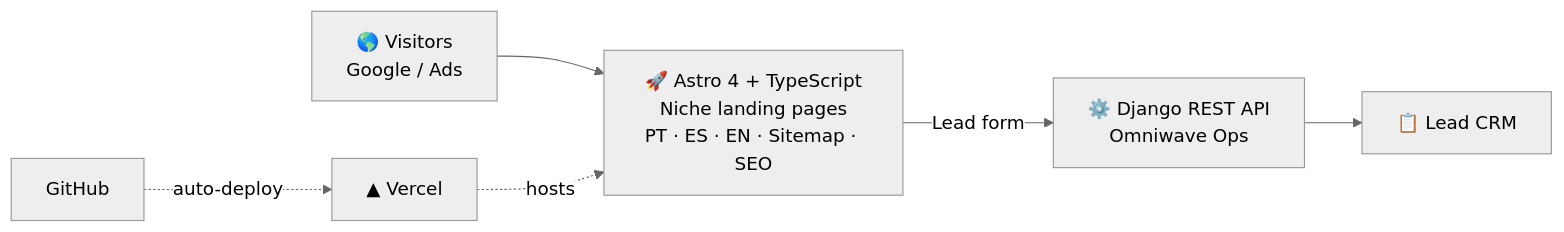
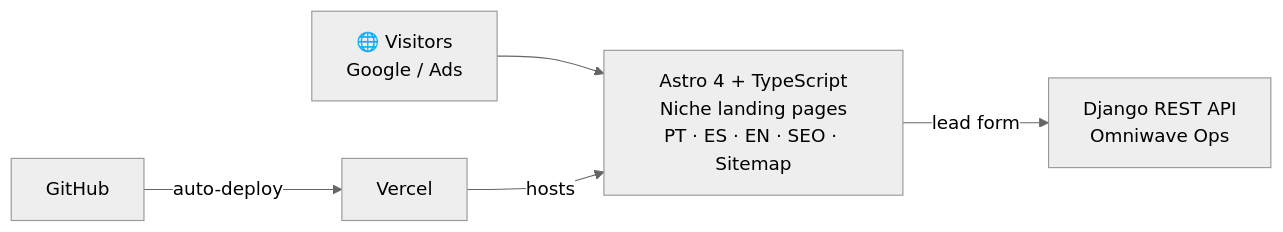
Before and after one commit to willgouveiaa/willgouveiaa: the third of 10 diagrams in README.md, drawn with Mermaid (neutral theme). The commit also changed other lines of this file, not shown here.

First line of the commit message:
Revise architecture diagrams and project details

````diff
--- a/README.md
+++ b/README.md
@@ -109,9 +106,7 @@
 ```mermaid
 flowchart LR
-    V["🌎 Visitors<br/>Google / Ads"] --> AS
-    AS["🚀 Astro 4 + TypeScript<br/>Niche landing pages<br/>PT · ES · EN · Sitemap · SEO"]
-    AS -- "Lead form" --> API["⚙️ Django REST API<br/>Omniwave Ops"]
-    API --> CRM["📋 Lead CRM"]
-    GH["GitHub"] -. auto-deploy .-> VC["▲ Vercel"]
-    VC -. hosts .-> AS
+    V["🌐 Visitors<br/>Google / Ads"] --> AS["Astro 4 + TypeScript<br/>Niche landing pages<br/>PT · ES · EN · SEO · Sitemap"]
+    GH[GitHub] -->|auto-deploy| VC[Vercel]
+    VC -->|hosts| AS
+    AS -->|lead form| API["Django REST API<br/>Omniwave Ops"]
 ```
````
